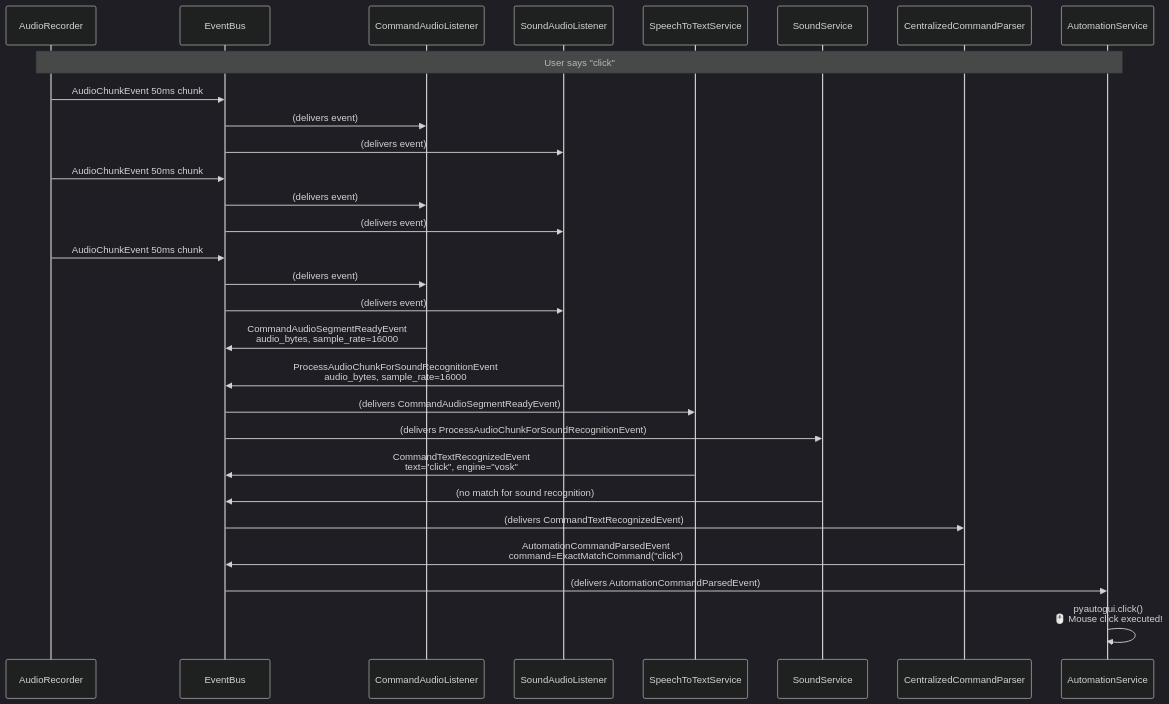
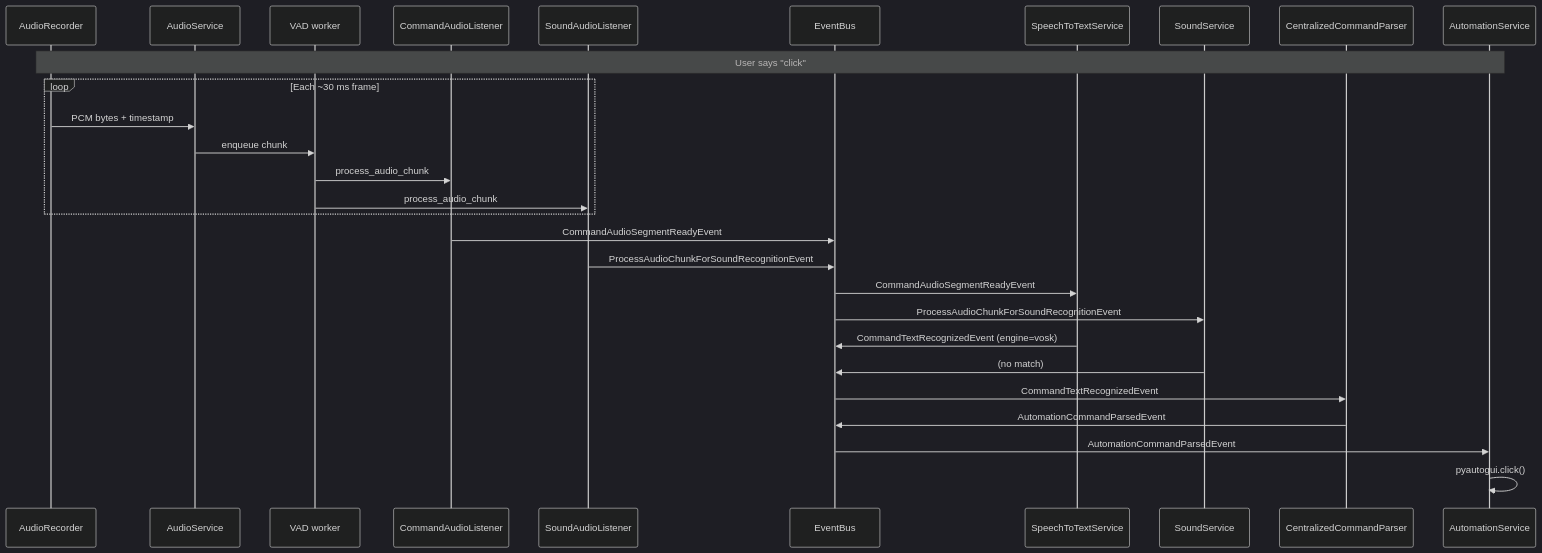
Before and after one commit to rick12000/vocalance: the second of 2 diagrams in docs/developer/introduction.rst, drawn with Mermaid (dark theme). The commit also changed other lines of this file and 34 other files, not shown here.

```diff
--- a/docs/developer/introduction.rst
+++ b/docs/developer/introduction.rst
@@ -234,40 +158,37 @@
 .. mermaid::
 
    sequenceDiagram
        participant Recorder as AudioRecorder
-       participant Bus as EventBus
+       participant AS as AudioService
+       participant VAD as VAD worker
        participant CmdListener as CommandAudioListener
        participant SoundListener as SoundAudioListener
+       participant Bus as EventBus
        participant STT as SpeechToTextService
        participant SoundSvc as SoundService
        participant Parser as CentralizedCommandParser
        participant Automation as AutomationService
 
        Note over Recorder,Automation: User says "click"
 
-       Recorder->>Bus: AudioChunkEvent 50ms chunk #1
-       Bus->>CmdListener: (delivers event)
-       Bus->>SoundListener: (delivers event)
+       loop Each ~30 ms frame
+           Recorder->>AS: PCM bytes + timestamp
+           AS->>VAD: enqueue chunk
+           VAD->>CmdListener: process_audio_chunk
+           VAD->>SoundListener: process_audio_chunk
+       end
 
-       Recorder->>Bus: AudioChunkEvent 50ms chunk #2
-       Bus->>CmdListener: (delivers event)
-       Bus->>SoundListener: (delivers event)
+       CmdListener->>Bus: CommandAudioSegmentReadyEvent
+       SoundListener->>Bus: ProcessAudioChunkForSoundRecognitionEvent
 
-       Recorder->>Bus: AudioChunkEvent 50ms chunk #3<br/>(silence detected)
-       Bus->>CmdListener: (delivers event)
-       Bus->>SoundListener: (delivers event)
+       Bus->>STT: CommandAudioSegmentReadyEvent
+       Bus->>SoundSvc: ProcessAudioChunkForSoundRecognitionEvent
 
-       CmdListener->>Bus: CommandAudioSegmentReadyEvent<br/>audio_bytes, sample_rate=16000
-       SoundListener->>Bus: ProcessAudioChunkForSoundRecognitionEvent<br/>audio_bytes, sample_rate=16000
+       STT->>Bus: CommandTextRecognizedEvent (engine=vosk)
+       SoundSvc->>Bus: (no match)
 
-       Bus->>STT: (delivers CommandAudioSegmentReadyEvent)
-       Bus->>SoundSvc: (delivers ProcessAudioChunkForSoundRecognitionEvent)
+       Bus->>Parser: CommandTextRecognizedEvent
+       Parser->>Bus: AutomationCommandParsedEvent
 
-       STT->>Bus: CommandTextRecognizedEvent<br/>text="click", engine="vosk"
-       SoundSvc->>Bus: (no match for sound recognition)
-
-       Bus->>Parser: (delivers CommandTextRecognizedEvent)
-       Parser->>Bus: AutomationCommandParsedEvent<br/>command=ExactMatchCommand("click")
-
-       Bus->>Automation: (delivers AutomationCommandParsedEvent)
-       Automation->>Automation: pyautogui.click()<br/>🖱️ Mouse click executed!
+       Bus->>Automation: AutomationCommandParsedEvent
+       Automation->>Automation: pyautogui.click()
```
